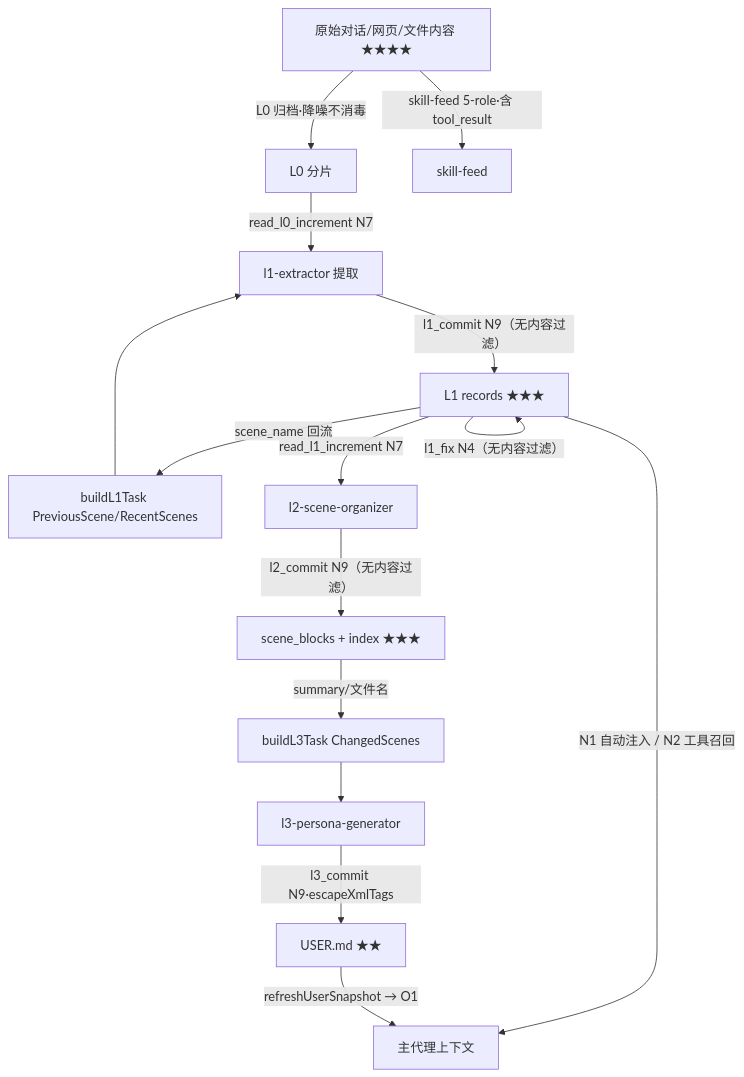
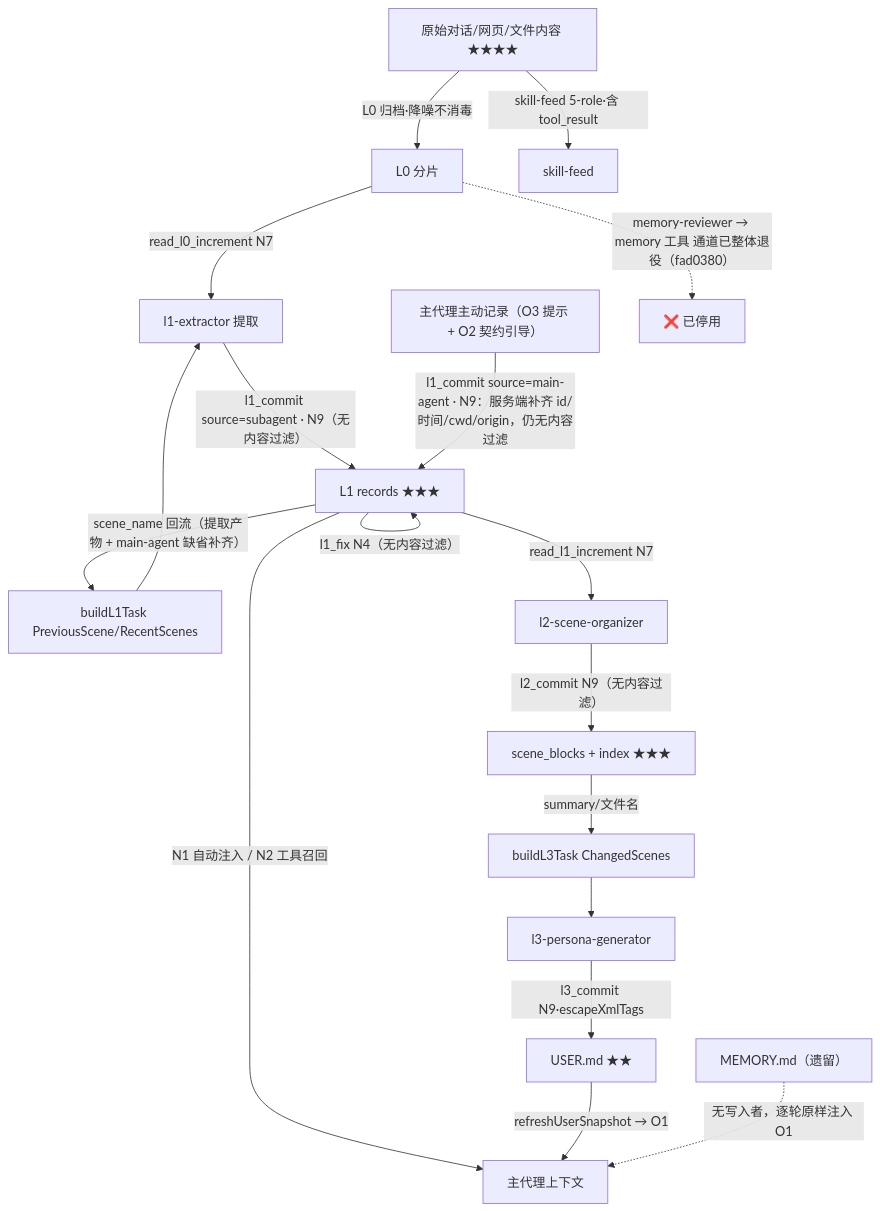
One commit to yinwenyuan28-afk/pi-memory-system changed the diagram in 记忆系统提示词注入点分析.md. Above: the diagram before and after it, drawn with Mermaid. The commit also changed other lines of this file and 8 other files, not shown here.

````diff
--- a/记忆系统提示词注入点分析.md
+++ b/记忆系统提示词注入点分析.md
@@ -203,17 +196,20 @@
 ```mermaid
 flowchart TD
     A["原始对话/网页/文件内容 ★★★★"] -->|L0 归档·降噪不消毒| B["L0 分片"]
     A -->|skill-feed 5-role·含 tool_result| B2["skill-feed"]
     B -->|read_l0_increment N7| C["l1-extractor 提取"]
-    C -->|"l1_commit N9（无内容过滤）"| D["L1 records ★★★"]
+    C -->|"l1_commit source=subagent · N9（无内容过滤）"| D["L1 records ★★★"]
+    M["主代理主动记录（O3 提示 + O2 契约引导）"] -->|"l1_commit source=main-agent · N9：服务端补齐 id/时间/cwd/origin，仍无内容过滤"| D
     D -->|"N1 自动注入 / N2 工具召回"| E["主代理上下文"]
-    D -->|scene_name 回流| F["buildL1Task PreviousScene/RecentScenes"]
+    D -->|scene_name 回流（提取产物 + main-agent 缺省补齐）| F["buildL1Task PreviousScene/RecentScenes"]
     F --> C
     D -->|read_l1_increment N7| G["l2-scene-organizer"]
     G -->|"l2_commit N9（无内容过滤）"| H["scene_blocks + index ★★★"]
     H -->|summary/文件名| I["buildL3Task ChangedScenes"]
     I --> J["l3-persona-generator"]
     J -->|"l3_commit N9·escapeXmlTags"| K["USER.md ★★"]
     K -->|"refreshUserSnapshot → O1"| E
     D -->|"l1_fix N4（无内容过滤）"| D
+    B -.->|"memory-reviewer → memory 工具 通道已整体退役（fad0380）"| X["❌ 已停用"]
+    L["MEMORY.md（遗留）"] -.->|"无写入者，逐轮原样注入 O1"| E
 ```
````
